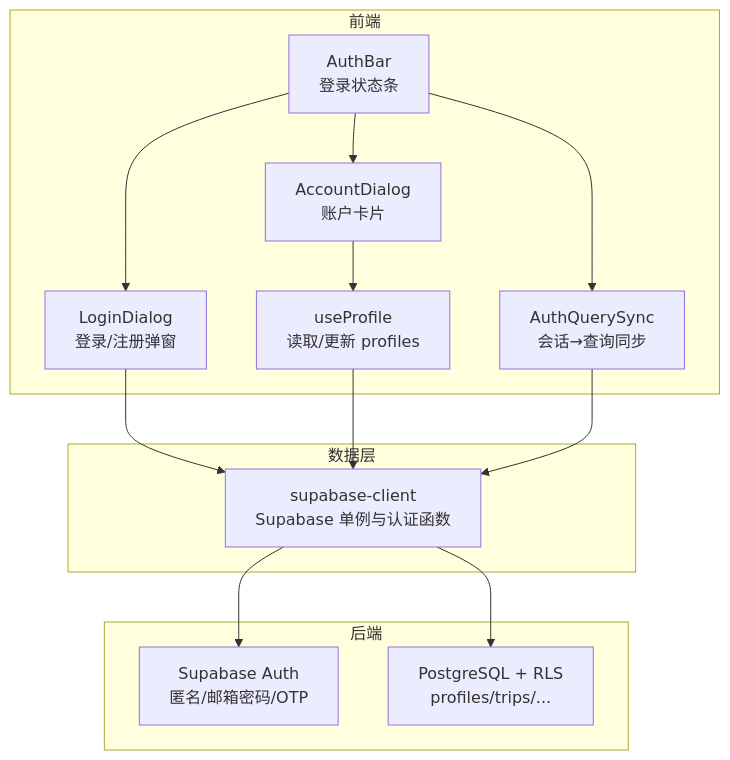
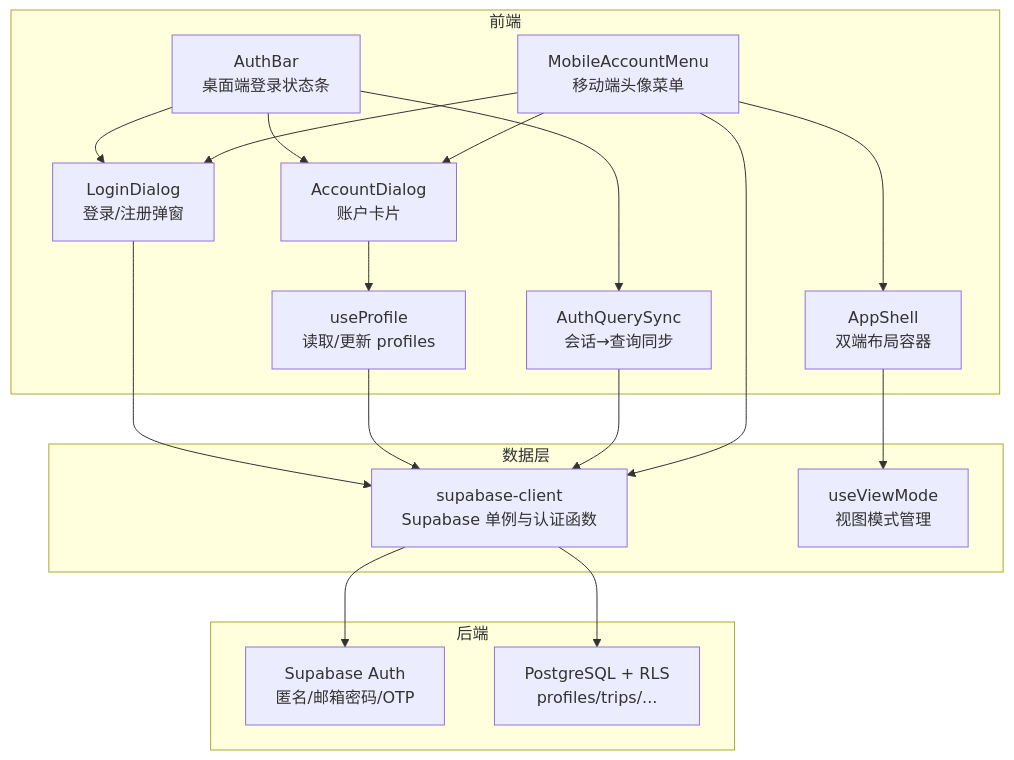
One commit to huangyilu/wanwuyishi changed the first of 6 diagrams in .qoder/repowiki/zh/content/核心功能模块/团队协作模块/认证系统.md. Above: the diagram before and after it, drawn with Mermaid. The commit also changed other lines of this file and 103 other files, not shown here.

````diff
--- a/.qoder/repowiki/zh/content/核心功能模块/团队协作模块/认证系统.md
+++ b/.qoder/repowiki/zh/content/核心功能模块/团队协作模块/认证系统.md
@@ -32,26 +45,34 @@
 ```mermaid
 graph TB
 subgraph "前端"
-A["AuthBar<br/>登录状态条"]
+A["AuthBar<br/>桌面端登录状态条"]
 B["LoginDialog<br/>登录/注册弹窗"]
 C["AccountDialog<br/>账户卡片"]
 D["AuthQuerySync<br/>会话→查询同步"]
 E["useProfile<br/>读取/更新 profiles"]
+F["MobileAccountMenu<br/>移动端头像菜单"]
+G["AppShell<br/>双端布局容器"]
 end
 subgraph "数据层"
-F["supabase-client<br/>Supabase 单例与认证函数"]
+H["supabase-client<br/>Supabase 单例与认证函数"]
+I["useViewMode<br/>视图模式管理"]
 end
 subgraph "后端"
-G["Supabase Auth<br/>匿名/邮箱密码/OTP"]
-H["PostgreSQL + RLS<br/>profiles/trips/..."]
+J["Supabase Auth<br/>匿名/邮箱密码/OTP"]
+K["PostgreSQL + RLS<br/>profiles/trips/..."]
 end
 A --> B
 A --> C
 A --> D
-B --> F
+B --> H
 C --> E
-E --> F
-D --> F
+E --> H
+D --> H
 F --> G
+G --> I
+F --> B
+F --> C
 F --> H
+H --> J
+H --> K
 ```
````
